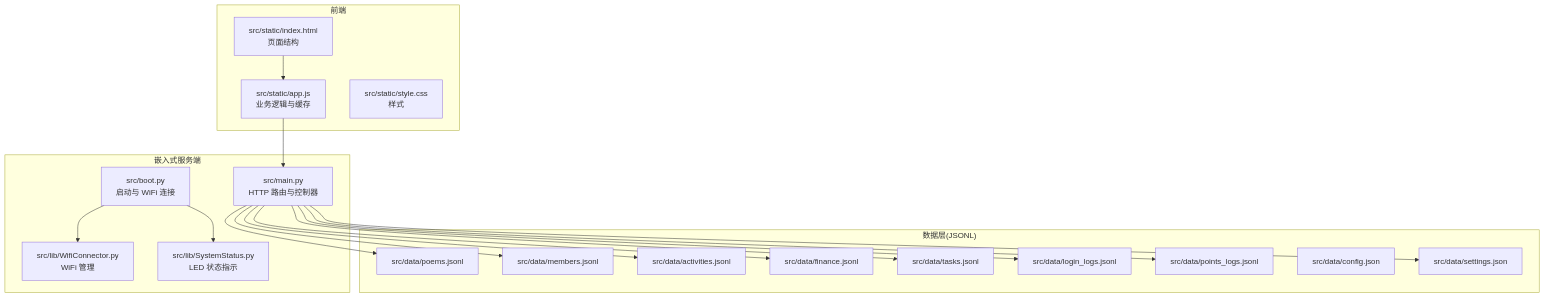
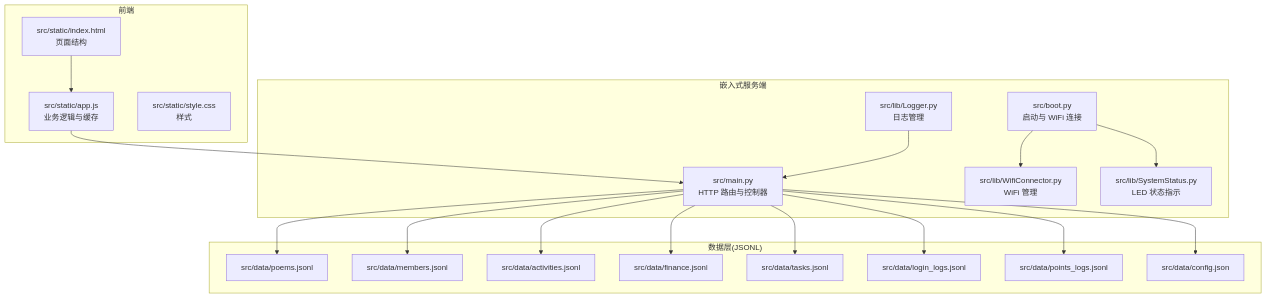
The first of 7 diagrams in .qoder/repowiki/zh/content/数据管理/数据管理.md (qq20739111/weilushishe-lishitai), drawn with Mermaid before and after one commit. The commit also changed other lines of this file and 23 other files, not shown here.

````diff
--- a/.qoder/repowiki/zh/content/数据管理/数据管理.md
+++ b/.qoder/repowiki/zh/content/数据管理/数据管理.md
@@ -46,37 +47,38 @@
 ```mermaid
 graph TB
 subgraph "嵌入式服务端"
 MAIN["src/main.py<br/>HTTP 路由与控制器"]
 BOOT["src/boot.py<br/>启动与 WiFi 连接"]
 LIB["src/lib/WifiConnector.py<br/>WiFi 管理"]
 SYS["src/lib/SystemStatus.py<br/>LED 状态指示"]
+LOGGER["src/lib/Logger.py<br/>日志管理"]
 end
 subgraph "前端"
 HTML["src/static/index.html<br/>页面结构"]
 JS["src/static/app.js<br/>业务逻辑与缓存"]
 CSS["src/static/style.css<br/>样式"]
 end
 subgraph "数据层(JSONL)"
 POEMS["src/data/poems.jsonl"]
 MEMBERS["src/data/members.jsonl"]
 ACTIVITIES["src/data/activities.jsonl"]
 FINANCE["src/data/finance.jsonl"]
 TASKS["src/data/tasks.jsonl"]
 LOGIN_LOGS["src/data/login_logs.jsonl"]
 POINTS_LOGS["src/data/points_logs.jsonl"]
 CONFIG["src/data/config.json"]
-SETTINGS["src/data/settings.json"]
 end
 HTML --> JS
 JS --> MAIN
 MAIN --> POEMS
 MAIN --> MEMBERS
 MAIN --> ACTIVITIES
 MAIN --> FINANCE
 MAIN --> TASKS
 MAIN --> LOGIN_LOGS
 MAIN --> POINTS_LOGS
-MAIN --> SETTINGS
+MAIN --> CONFIG
 BOOT --> LIB
 BOOT --> SYS
+LOGGER --> MAIN
 ```
````
